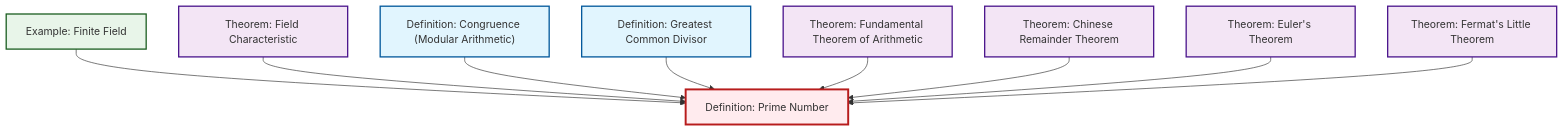
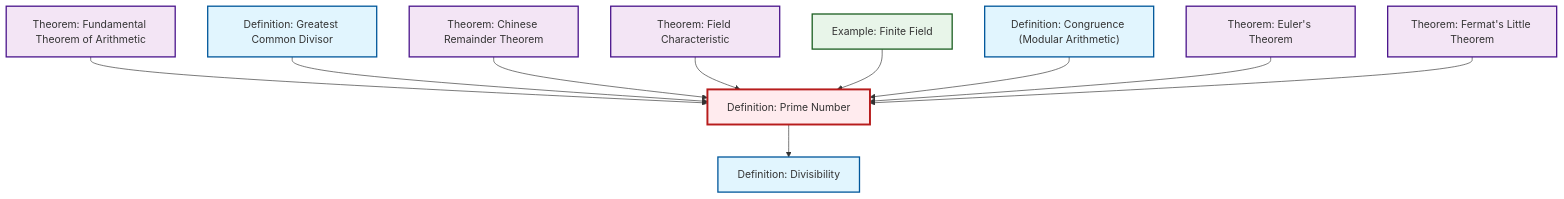
Before and after one commit to RK0429/ModernMath: the diagram in content/en/number-theory/def-prime.qmd, drawn with Mermaid. The commit also changed other lines of this file and 497 other files, not shown here.

````diff
--- a/content/en/number-theory/def-prime.qmd
+++ b/content/en/number-theory/def-prime.qmd
@@ -53,35 +55,38 @@
 ```{mermaid}
 %%| fig-cap: "Local dependency graph"
 graph TD
     classDef definition fill:#e1f5fe,stroke:#01579b,stroke-width:2px
     classDef theorem fill:#f3e5f5,stroke:#4a148c,stroke-width:2px
     classDef axiom fill:#fff3e0,stroke:#e65100,stroke-width:2px
     classDef example fill:#e8f5e9,stroke:#1b5e20,stroke-width:2px
     classDef current fill:#ffebee,stroke:#b71c1c,stroke-width:3px
+    def-prime["Definition: Prime Number"]:::definition
+    thm-fundamental-arithmetic["Theorem: Fundamental Theorem of Arithmetic"]:::theorem
+    def-gcd["Definition: Greatest Common Divisor"]:::definition
+    def-divisibility["Definition: Divisibility"]:::definition
+    thm-chinese-remainder["Theorem: Chinese Remainder Theorem"]:::theorem
+    def-congruence["Definition: Congruence (Modular Arithmetic)"]:::definition
+    ex-finite-field["Example: Finite Field"]:::example
+    thm-euler["Theorem: Euler's Theorem"]:::theorem
     thm-fermat-little["Theorem: Fermat's Little Theorem"]:::theorem
-    thm-euler["Theorem: Euler's Theorem"]:::theorem
     thm-field-characteristic["Theorem: Field Characteristic"]:::theorem
-    thm-chinese-remainder["Theorem: Chinese Remainder Theorem"]:::theorem
-    thm-fundamental-arithmetic["Theorem: Fundamental Theorem of Arithmetic"]:::theorem
-    ex-finite-field["Example: Finite Field"]:::example
-    def-prime["Definition: Prime Number"]:::definition
-    def-congruence["Definition: Congruence (Modular Arithmetic)"]:::definition
-    def-gcd["Definition: Greatest Common Divisor"]:::definition
+    thm-fundamental-arithmetic --> def-prime
+    def-gcd --> def-prime
+    def-prime --> def-divisibility
+    thm-chinese-remainder --> def-prime
+    thm-field-characteristic --> def-prime
     ex-finite-field --> def-prime
-    thm-field-characteristic --> def-prime
     def-congruence --> def-prime
-    def-gcd --> def-prime
-    thm-fundamental-arithmetic --> def-prime
-    thm-chinese-remainder --> def-prime
     thm-euler --> def-prime
     thm-fermat-little --> def-prime
     class def-prime current
+    click thm-fundamental-arithmetic "thm-fundamental-arithmetic.html" "Go to Fundamental Theorem of Arithmetic theorem"
+    click def-gcd "def-gcd.html" "Go to Greatest Common Divisor definition"
+    click def-divisibility "def-divisibility.html" "Go to Divisibility definition"
+    click thm-chinese-remainder "thm-chinese-remainder.html" "Go to Chinese Remainder Theorem theorem"
+    click def-congruence "def-congruence.html" "Go to Congruence (Modular Arithmetic) definition"
+    click ex-finite-field "ex-finite-field.html" "Go to Finite Field example"
+    click thm-euler "thm-euler.html" "Go to Euler's Theorem theorem"
     click thm-fermat-little "thm-fermat-little.html" "Go to Fermat's Little Theorem theorem"
-    click thm-euler "thm-euler.html" "Go to Euler's Theorem theorem"
     click thm-field-characteristic "thm-field-characteristic.html" "Go to Field Characteristic theorem"
-    click thm-chinese-remainder "thm-chinese-remainder.html" "Go to Chinese Remainder Theorem theorem"
-    click thm-fundamental-arithmetic "thm-fundamental-arithmetic.html" "Go to Fundamental Theorem of Arithmetic theorem"
-    click ex-finite-field "ex-finite-field.html" "Go to Finite Field example"
-    click def-congruence "def-congruence.html" "Go to Congruence (Modular Arithmetic) definition"
-    click def-gcd "def-gcd.html" "Go to Greatest Common Divisor definition"
 ```
````
